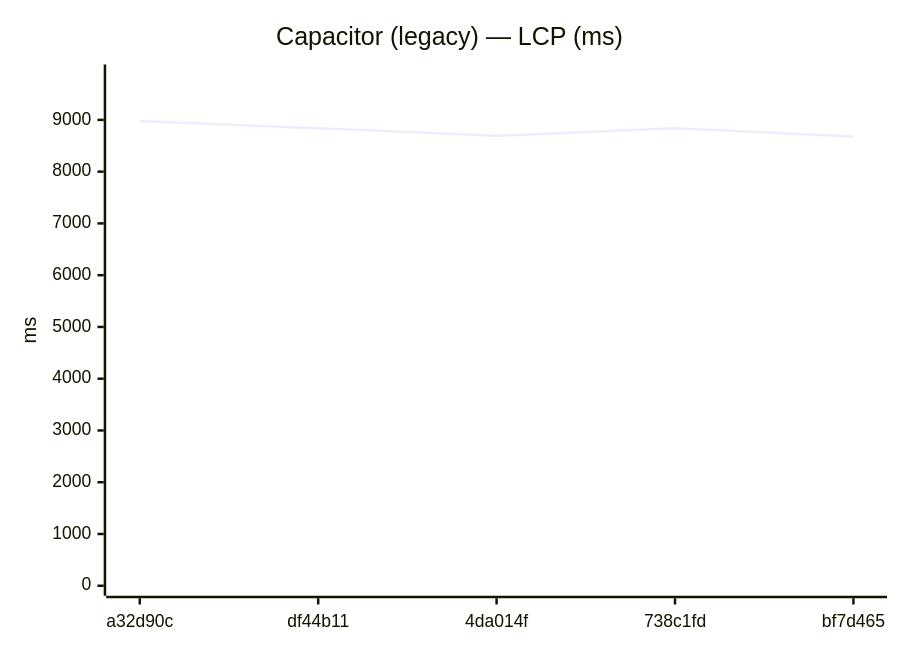
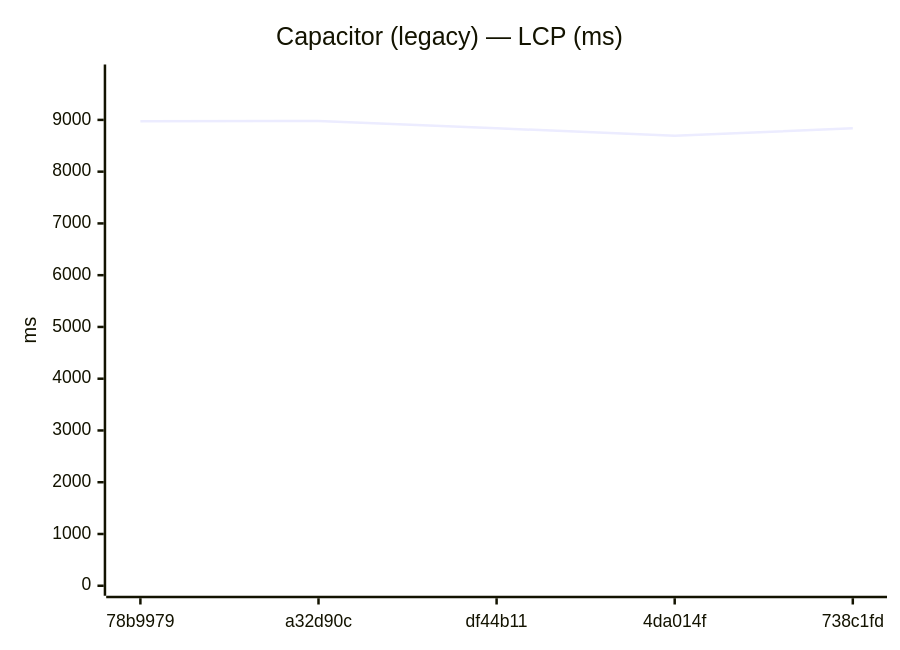
Diagram 13 of 24 in benchmarks/compare.md (Metaheurist/Rianell), drawn with Mermaid before and after one commit. The commit also changed other lines of this file and 12 other files, not shown here.

````diff
--- a/benchmarks/compare.md
+++ b/benchmarks/compare.md
@@ -194,7 +194,7 @@
 ```mermaid
 xychart-beta
     title "Capacitor (legacy) — LCP (ms)"
-    x-axis ["a32d90c", "df44b11", "4da014f", "738c1fd", "bf7d465"]
+    x-axis ["78b9979", "a32d90c", "df44b11", "4da014f", "738c1fd"]
     y-axis "ms" 0 --> 9877
-    line [8979, 8838, 8693, 8838, 8681]
+    line [8972, 8979, 8838, 8693, 8838]
 ```
````
